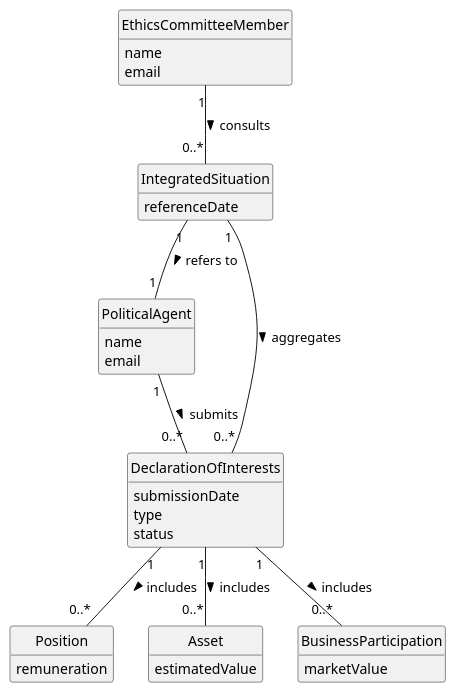
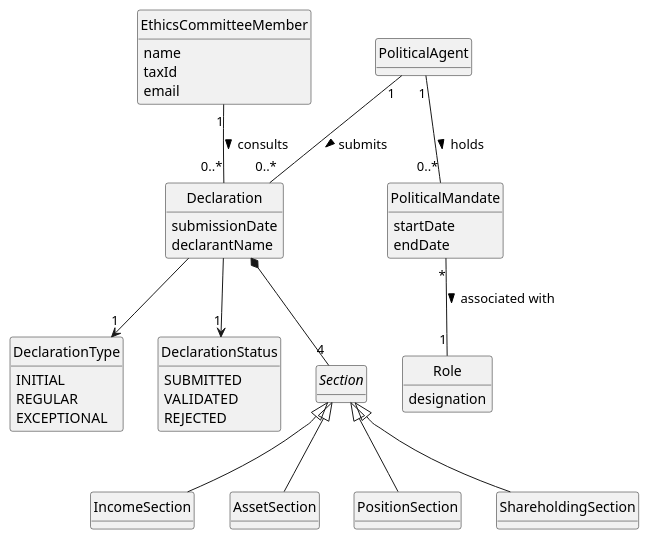
The diagram in docs/system-documentation/US09/02.analysis/puml/US009-DM.puml (Departamento-de-Engenharia-Informatica/sem2-pi-25-26-g096-repo), drawn with PlantUML before and after one commit. The commit also changed 2 other files, not shown here.

```diff
--- a/docs/system-documentation/US09/02.analysis/puml/US009-DM.puml
+++ b/docs/system-documentation/US09/02.analysis/puml/US009-DM.puml
@@ -1,51 +1,74 @@
 @startuml
 skinparam monochrome true
 skinparam packageStyle rectangle
 skinparam shadowing false
 skinparam classAttributeIconSize 0
 hide circle
 hide methods
 
 class EthicsCommitteeMember {
     name
+    taxId
     email
 }
 
 class PoliticalAgent {
-    name
-    email
 }
 
-class IntegratedSituation {
-    referenceDate
+class Role {
+    designation
 }
 
-class DeclarationOfInterests {
-    submissionDate
-    type
-    status
+class PoliticalMandate {
+    startDate
+    endDate
 }
 
-class Position {
-    remuneration
+class Declaration {
+    submissionDate
+    declarantName
 }
 
-class Asset {
-    estimatedValue
+enum DeclarationType {
+    INITIAL
+    REGULAR
+    EXCEPTIONAL
 }
 
-class BusinessParticipation {
-    marketValue
+enum DeclarationStatus {
+    SUBMITTED
+    VALIDATED
+    REJECTED
 }
 
-EthicsCommitteeMember "1" -- "0..*" IntegratedSituation : consults >
-IntegratedSituation "1" -- "1" PoliticalAgent : refers to >
-IntegratedSituation "1" -- "0..*" DeclarationOfInterests : aggregates >
+abstract class Section {
+}
 
-PoliticalAgent "1" -- "0..*" DeclarationOfInterests : submits >
+class IncomeSection {
+}
 
-DeclarationOfInterests "1" -- "0..*" Position : includes >
-DeclarationOfInterests "1" -- "0..*" Asset : includes >
-DeclarationOfInterests "1" -- "0..*" BusinessParticipation : includes >
+class AssetSection {
+}
+
+class PositionSection {
+}
+
+class ShareholdingSection {
+}
+
+Section <|-- IncomeSection
+Section <|-- AssetSection
+Section <|-- PositionSection
+Section <|-- ShareholdingSection
+
+PoliticalAgent "1" -- "0..*" PoliticalMandate : holds >
+PoliticalMandate "*" -- "1" Role : associated with >
+
+PoliticalAgent "1" -- "0..*" Declaration : submits >
+Declaration --> "1" DeclarationType
+Declaration --> "1" DeclarationStatus
+Declaration *-- "4" Section
+
+EthicsCommitteeMember "1" -- "0..*" Declaration : consults >
 
 @enduml
```
